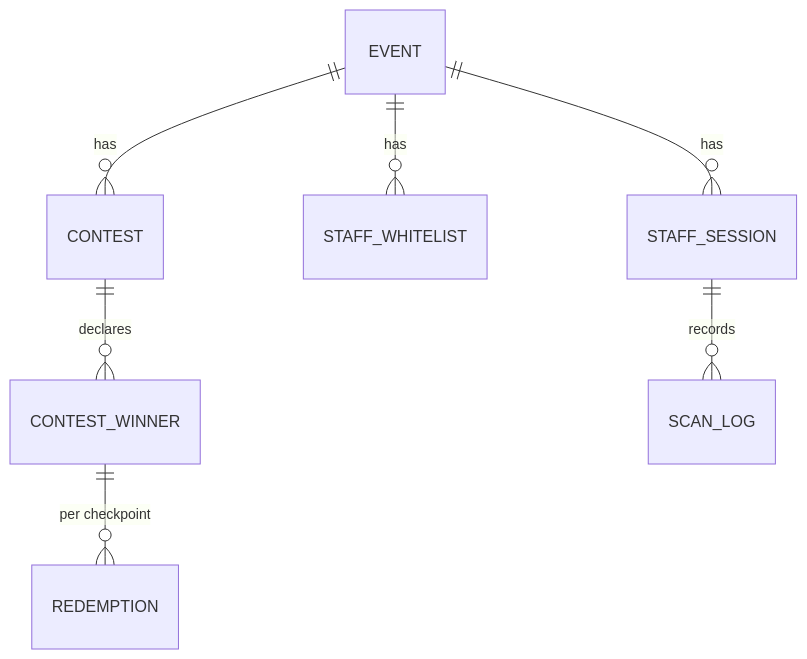
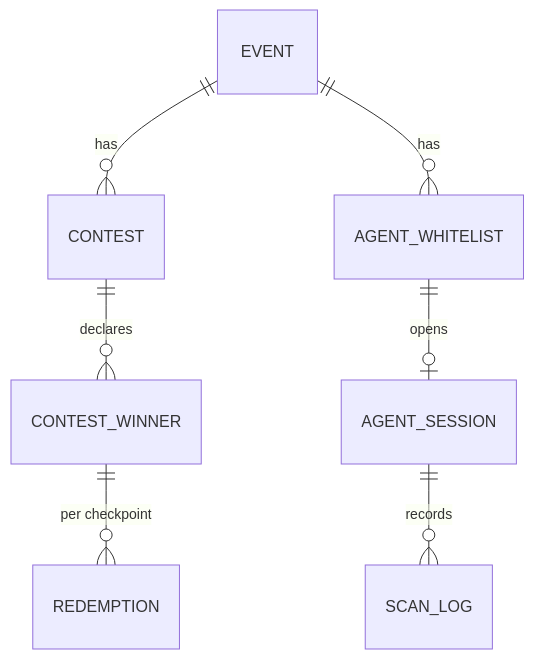
One commit to Amitpawar503/lazzy changed the first of 2 diagrams in docs/digital-membership/04-lld.md. Above: the diagram before and after it, drawn with Mermaid. The commit also changed other lines of this file and 4 other files, not shown here.

````diff
--- a/docs/digital-membership/04-lld.md
+++ b/docs/digital-membership/04-lld.md
@@ -50,9 +60,9 @@
 ```mermaid
 erDiagram
   EVENT ||--o{ CONTEST : has
   CONTEST ||--o{ CONTEST_WINNER : declares
-  EVENT ||--o{ STAFF_WHITELIST : has
-  EVENT ||--o{ STAFF_SESSION : has
+  EVENT ||--o{ AGENT_WHITELIST : has
+  AGENT_WHITELIST ||--o| AGENT_SESSION : opens
   CONTEST_WINNER ||--o{ REDEMPTION : "per checkpoint"
-  STAFF_SESSION ||--o{ SCAN_LOG : "records"
+  AGENT_SESSION ||--o{ SCAN_LOG : "records"
 ```
````
